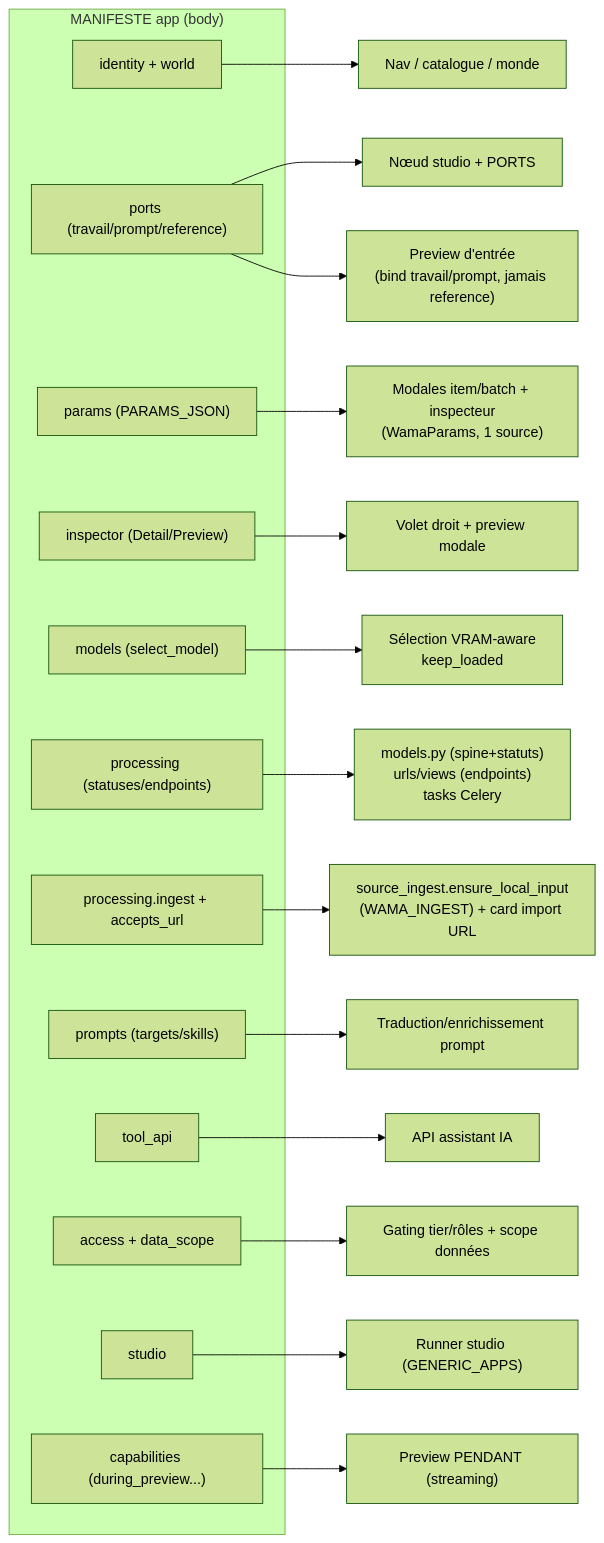
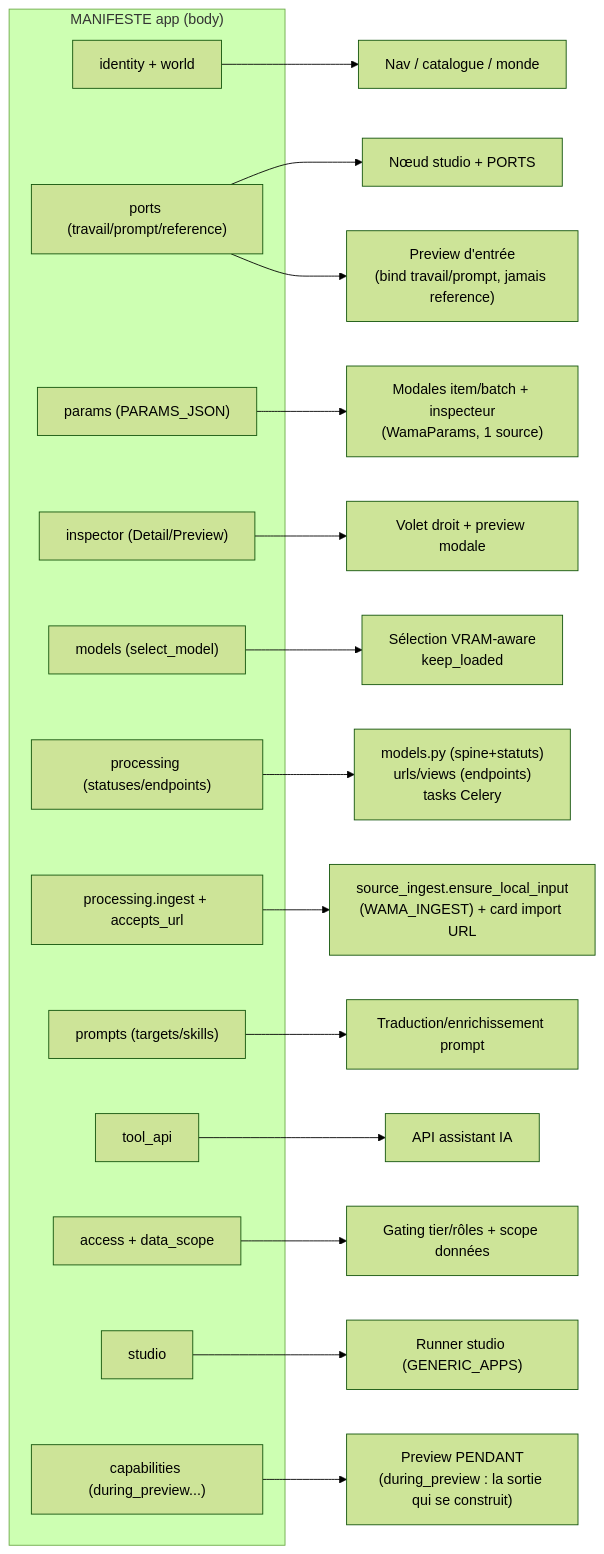
One commit to fmoreau69/wama changed the third of 5 diagrams in docs/construction/architecture/WAMA_MANIFEST_ARCHITECTURE.md. Above: the diagram before and after it, drawn with Mermaid (forest theme). The commit also changed 30 other files, not shown here.

First line of the commit message:
feat(apercu) : during_preview = UN seul concept (streaming retire, declare <=> emis) ; l'imager montre sa generation -- image approchee des latents, sans VAE ni VRAM

````diff
--- a/docs/construction/architecture/WAMA_MANIFEST_ARCHITECTURE.md
+++ b/docs/construction/architecture/WAMA_MANIFEST_ARCHITECTURE.md
@@ -115,31 +115,31 @@
 ```mermaid
 flowchart LR
     subgraph MAN["MANIFESTE app (body)"]
         f1["identity + world"]
         f2["ports (travail/prompt/reference)"]
         f3["params (PARAMS_JSON)"]
         f3b["inspector (Detail/Preview)"]
         f4["models (select_model)"]
         f5["processing (statuses/endpoints)"]
         f5b["processing.ingest + accepts_url"]
         f6["prompts (targets/skills)"]
         f6b["tool_api"]
         f7["access + data_scope"]
         f8["studio"]
         f2c["capabilities (during_preview...)"]
     end
 
     f1 --> u1["Nav / catalogue / monde"]
     f2 --> u2["Nœud studio + PORTS"]
     f2 --> u2b["Preview d'entrée<br/>(bind travail/prompt, jamais reference)"]
-    f2c --> u2c["Preview PENDANT (streaming)"]
+    f2c --> u2c["Preview PENDANT<br/>(during_preview : la sortie qui se construit)"]
     f3 --> u3["Modales item/batch + inspecteur<br/>(WamaParams, 1 source)"]
     f3b --> u3b["Volet droit + preview modale"]
     f4 --> u4["Sélection VRAM-aware<br/>keep_loaded"]
     f5 --> u5["models.py (spine+statuts)<br/>urls/views (endpoints)<br/>tasks Celery"]
     f5b --> u5b["source_ingest.ensure_local_input<br/>(WAMA_INGEST) + card import URL"]
     f6 --> u6["Traduction/enrichissement prompt"]
     f6b --> u6b["API assistant IA"]
     f7 --> u7["Gating tier/rôles + scope données"]
     f8 --> u8["Runner studio (GENERIC_APPS)"]
 ```
````
